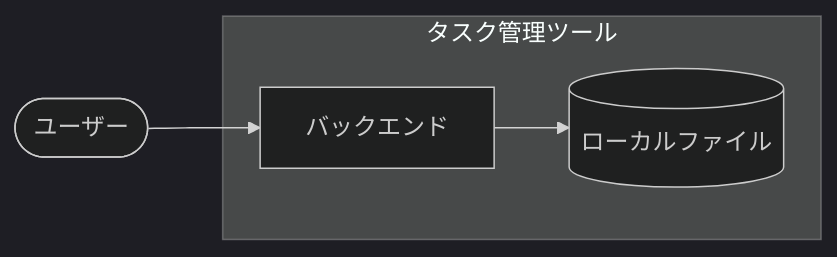
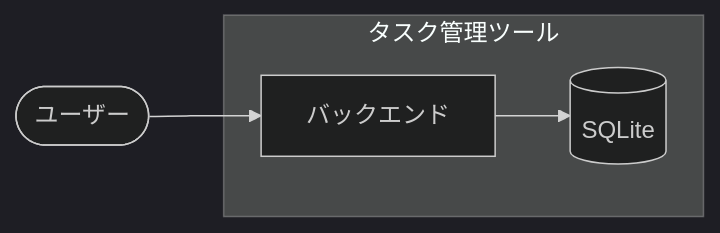
Before and after one commit to shuhei1101/ai-monitor-e2e: the diagram in docs/wiki/設計図/アーキテクチャ図.md, drawn with Mermaid (dark theme). The commit also changed other lines of this file and 2 other files, not shown here.

Commit message:
docs: 永続化先を SQLite に確定し非機能要件の決定値を埋める

````diff
--- a/docs/wiki/設計図/アーキテクチャ図.md
+++ b/docs/wiki/設計図/アーキテクチャ図.md
@@ -5,12 +5,12 @@
 ```mermaid
 flowchart LR
   U([ユーザー])
 
   subgraph SYS["タスク管理ツール"]
     BE[バックエンド]
-    STORE[(ローカルファイル)]
+    STORE[(SQLite)]
   end
 
   U --> BE
   BE --> STORE
 ```
````
